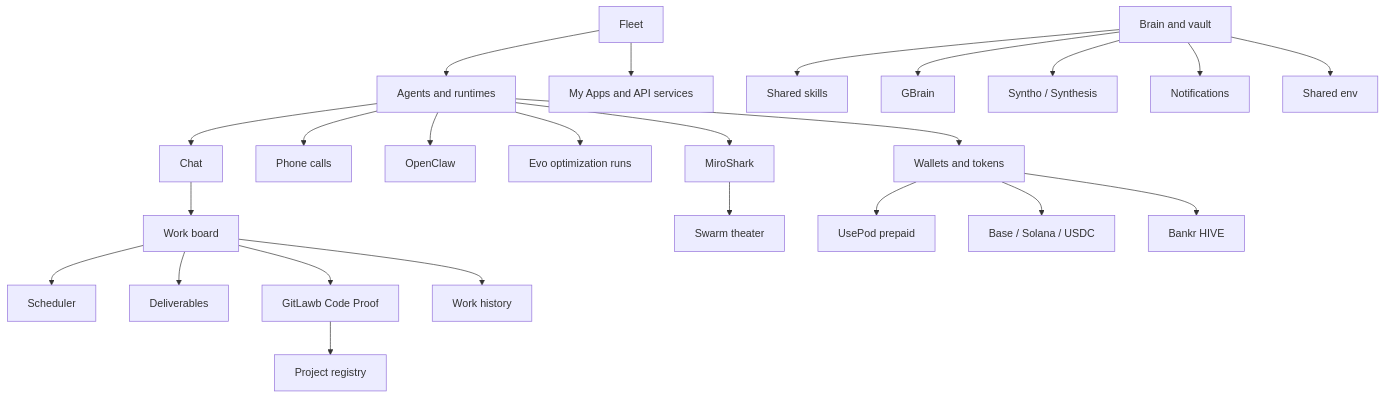
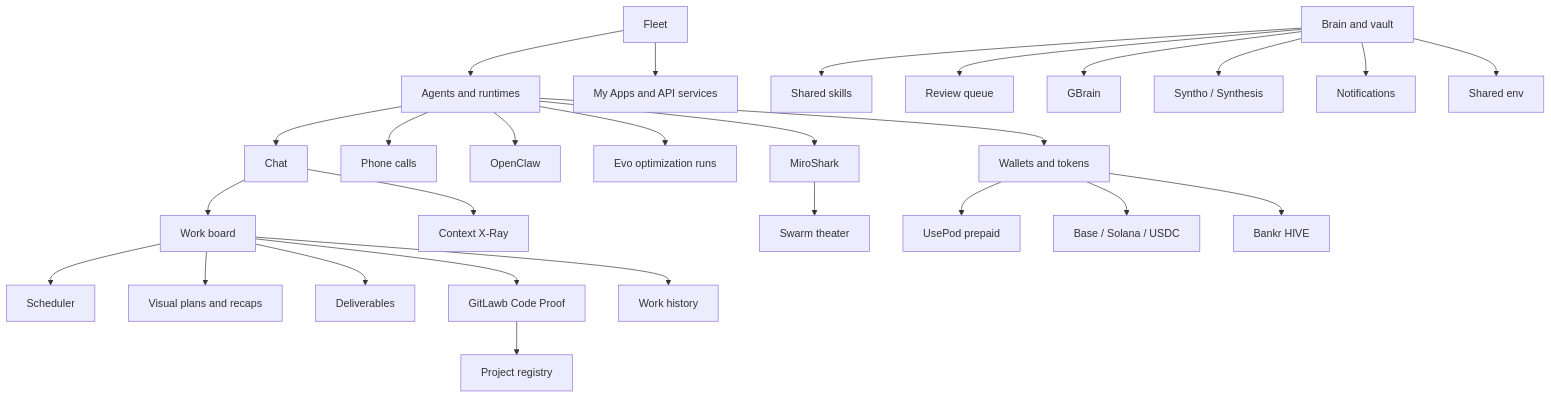
Before and after one commit to LiamVisionary/hivemindos: the diagram in docs/features/index.md, drawn with Mermaid. The commit also changed other lines of this file and 171 other files, not shown here.

````diff
--- a/docs/features/index.md
+++ b/docs/features/index.md
@@ -188,26 +193,29 @@
 ```mermaid
 flowchart TD
   Fleet["Fleet"] --> Runtimes["Agents and runtimes"]
   Fleet --> Apps["My Apps and API services"]
   Runtimes --> Chat["Chat"]
   Runtimes --> Phone["Phone calls"]
   Chat --> Work["Work board"]
+  Chat --> XRay["Context X-Ray"]
   Work --> Scheduler["Scheduler"]
+  Work --> VisualPlans["Visual plans and recaps"]
   Work --> Deliverables["Deliverables"]
   Work --> CodeProof["GitLawb Code Proof"]
   Work --> History["Work history"]
   Vault["Brain and vault"] --> Skills["Shared skills"]
+  Vault --> ReviewQueue["Review queue"]
   Vault --> GBrain["GBrain"]
   Vault --> Syntho["Syntho / Synthesis"]
   Vault --> Notifications["Notifications"]
   Vault --> Env["Shared env"]
   Runtimes --> OpenClaw["OpenClaw"]
   Runtimes --> Evo["Evo optimization runs"]
   Runtimes --> MiroShark["MiroShark"]
   MiroShark --> Swarm["Swarm theater"]
   Runtimes --> Wallets["Wallets and tokens"]
   Wallets --> UsePod["UsePod prepaid"]
   Wallets --> TokenRails["Base / Solana / USDC"]
   Wallets --> Bankr["Bankr HIVE"]
   CodeProof --> Projects["Project registry"]
 ```
````
